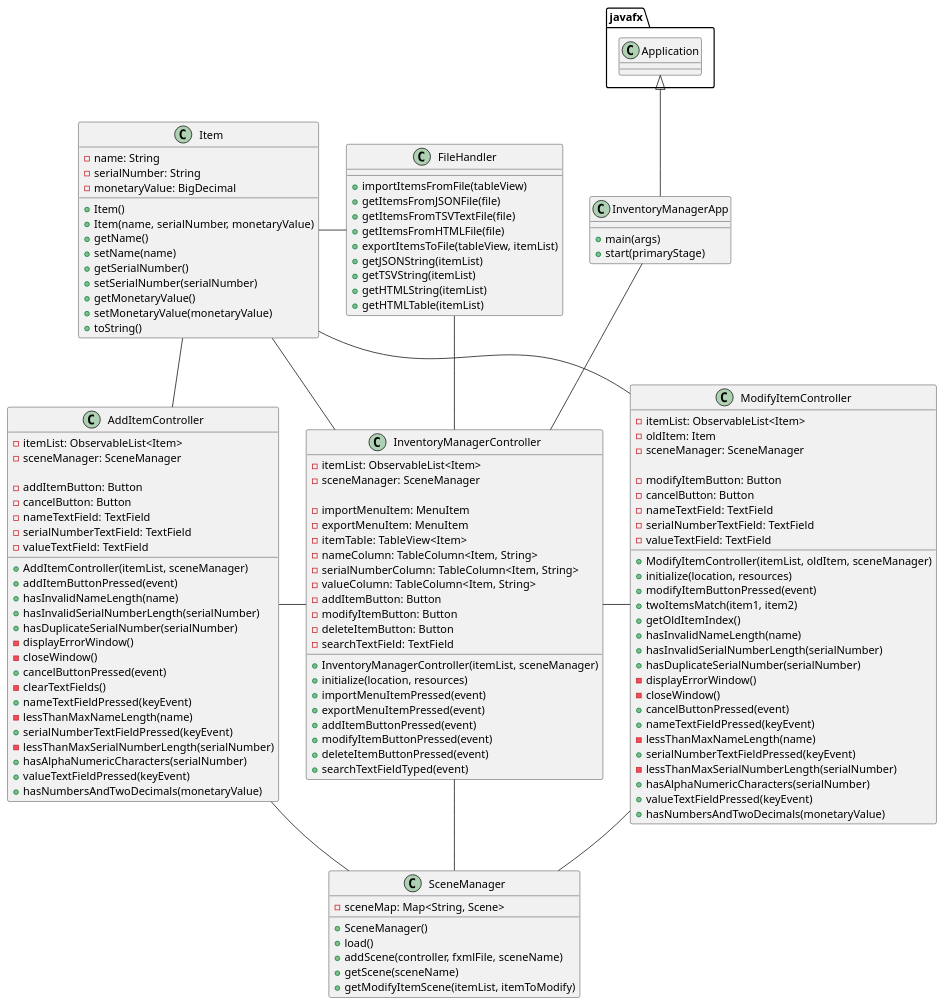
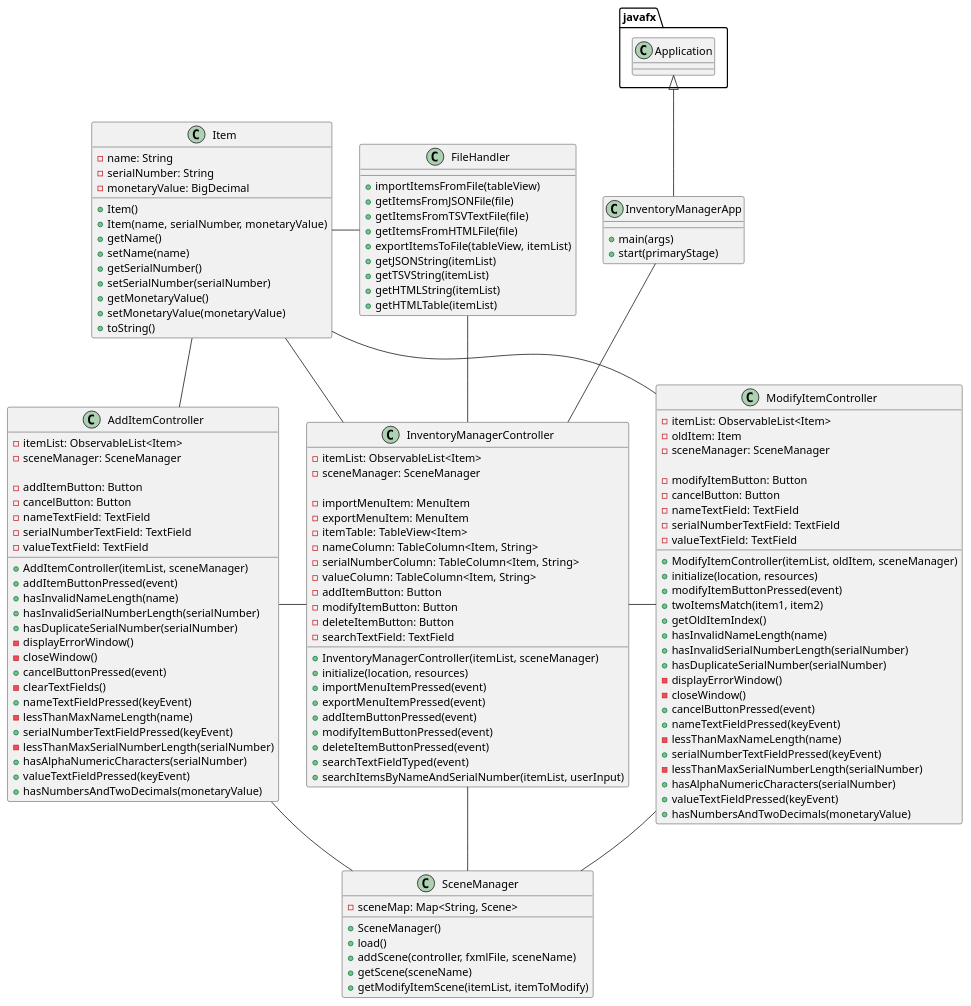
The diagram in uml/InventoryManager.puml (RyanTurner02/inventory-manager), drawn with PlantUML before and after one commit. The commit also changed 2 other files, not shown here.

Commit message:
Add testing for searching an item by its name and serial number.

```diff
--- a/uml/InventoryManager.puml
+++ b/uml/InventoryManager.puml
@@ -1,146 +1,147 @@
 @startuml
 
 class InventoryManagerApp {
     + main(args)
     + start(primaryStage)
 }
 
 class SceneManager {
     - sceneMap: Map<String, Scene>
 
     + SceneManager()
     + load()
     + addScene(controller, fxmlFile, sceneName)
     + getScene(sceneName)
     + getModifyItemScene(itemList, itemToModify)
 }
 
 class InventoryManagerController {
     - itemList: ObservableList<Item>
     - sceneManager: SceneManager
 
     - importMenuItem: MenuItem
     - exportMenuItem: MenuItem
     - itemTable: TableView<Item>
     - nameColumn: TableColumn<Item, String>
     - serialNumberColumn: TableColumn<Item, String>
     - valueColumn: TableColumn<Item, String>
     - addItemButton: Button
     - modifyItemButton: Button
     - deleteItemButton: Button
     - searchTextField: TextField
 
     + InventoryManagerController(itemList, sceneManager)
     + initialize(location, resources)
     + importMenuItemPressed(event)
     + exportMenuItemPressed(event)
     + addItemButtonPressed(event)
     + modifyItemButtonPressed(event)
     + deleteItemButtonPressed(event)
     + searchTextFieldTyped(event)
+    + searchItemsByNameAndSerialNumber(itemList, userInput)
 }
 
 class AddItemController {
     - itemList: ObservableList<Item>
     - sceneManager: SceneManager
 
     - addItemButton: Button
     - cancelButton: Button
     - nameTextField: TextField
     - serialNumberTextField: TextField
     - valueTextField: TextField
 
     + AddItemController(itemList, sceneManager)
     + addItemButtonPressed(event)
     + hasInvalidNameLength(name)
     + hasInvalidSerialNumberLength(serialNumber)
     + hasDuplicateSerialNumber(serialNumber)
     - displayErrorWindow()
     - closeWindow()
     + cancelButtonPressed(event)
     - clearTextFields()
     + nameTextFieldPressed(keyEvent)
     - lessThanMaxNameLength(name)
     + serialNumberTextFieldPressed(keyEvent)
     - lessThanMaxSerialNumberLength(serialNumber)
     + hasAlphaNumericCharacters(serialNumber)
     + valueTextFieldPressed(keyEvent)
     + hasNumbersAndTwoDecimals(monetaryValue)
 }
 
 class ModifyItemController {
     - itemList: ObservableList<Item>
     - oldItem: Item
     - sceneManager: SceneManager
 
     - modifyItemButton: Button
     - cancelButton: Button
     - nameTextField: TextField
     - serialNumberTextField: TextField
     - valueTextField: TextField
 
     + ModifyItemController(itemList, oldItem, sceneManager)
     + initialize(location, resources)
     + modifyItemButtonPressed(event)
     + twoItemsMatch(item1, item2)
     + getOldItemIndex()
     + hasInvalidNameLength(name)
     + hasInvalidSerialNumberLength(serialNumber)
     + hasDuplicateSerialNumber(serialNumber)
     - displayErrorWindow()
     - closeWindow()
     + cancelButtonPressed(event)
     + nameTextFieldPressed(keyEvent)
     - lessThanMaxNameLength(name)
     + serialNumberTextFieldPressed(keyEvent)
     - lessThanMaxSerialNumberLength(serialNumber)
     + hasAlphaNumericCharacters(serialNumber)
     + valueTextFieldPressed(keyEvent)
     + hasNumbersAndTwoDecimals(monetaryValue)
 }
 
 class FileHandler {
     + importItemsFromFile(tableView)
     + getItemsFromJSONFile(file)
     + getItemsFromTSVTextFile(file)
     + getItemsFromHTMLFile(file)
     + exportItemsToFile(tableView, itemList)
     + getJSONString(itemList)
     + getTSVString(itemList)
     + getHTMLString(itemList)
     + getHTMLTable(itemList)
 }
 
 class Item {
     - name: String
     - serialNumber: String
     - monetaryValue: BigDecimal
 
     + Item()
     + Item(name, serialNumber, monetaryValue)
     + getName()
     + setName(name)
     + getSerialNumber()
     + setSerialNumber(serialNumber)
     + getMonetaryValue()
     + setMonetaryValue(monetaryValue)
     + toString()
 }
 
 javafx.Application <|-- InventoryManagerApp
 
 InventoryManagerApp -- InventoryManagerController
 AddItemController - InventoryManagerController
 InventoryManagerController - ModifyItemController
 FileHandler -- InventoryManagerController
 
 SceneManager -- InventoryManagerController
 SceneManager -- AddItemController
 ModifyItemController -- SceneManager
 
 Item -- InventoryManagerController
 Item -- AddItemController
 Item -- ModifyItemController
 Item - FileHandler
 
 @enduml
```
